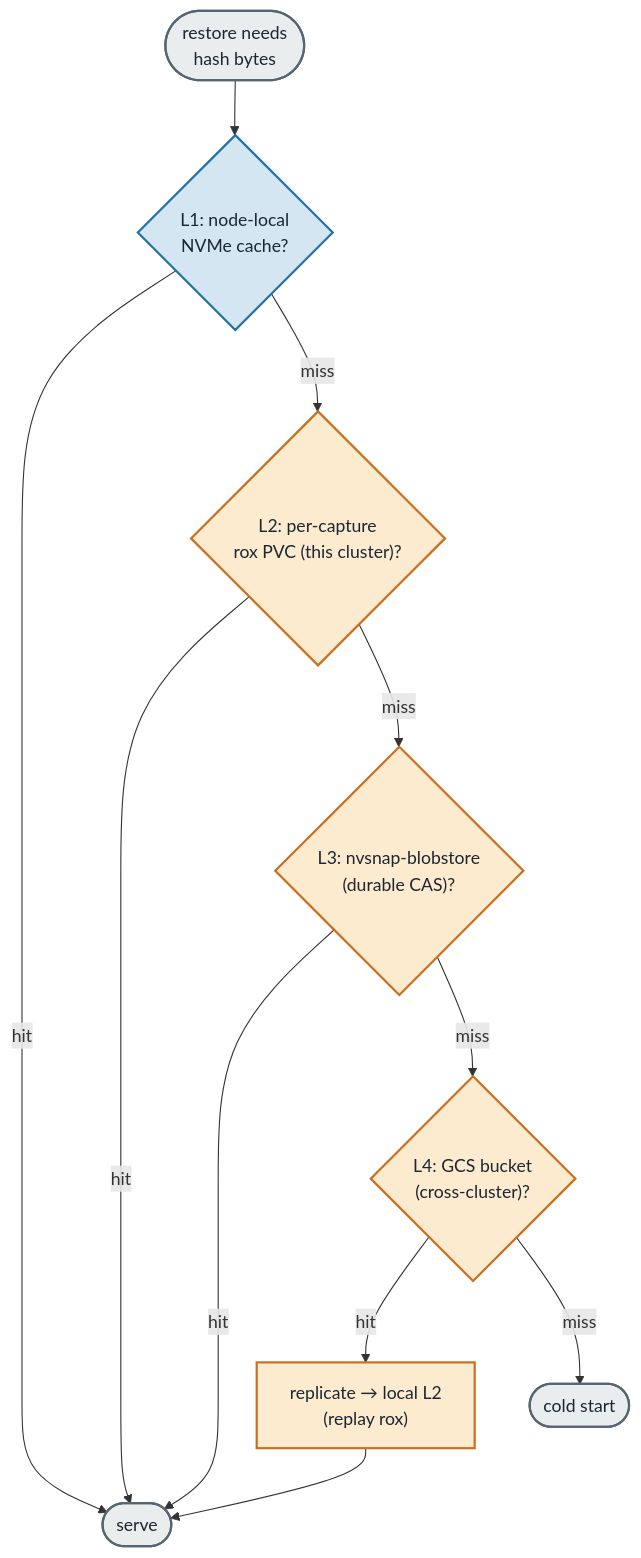
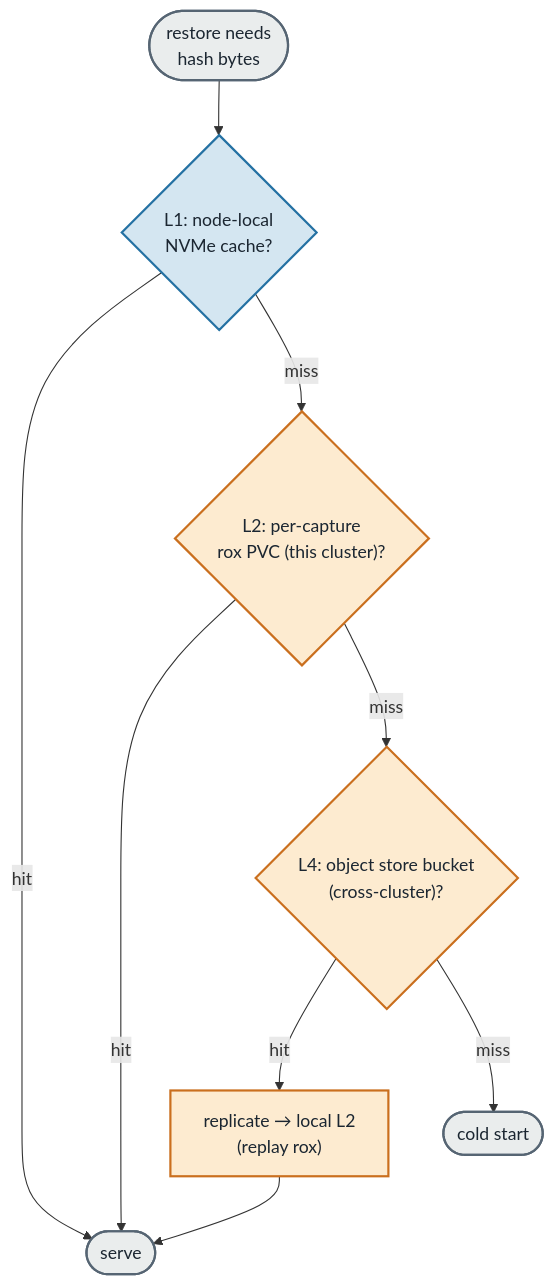
One commit to NVIDIA/nvcf changed the fourth of 6 diagrams in src/compute-plane-services/nvsnap/docs/architecture/NVSNAP-ARCHITECTURE.md. Above: the diagram before and after it, drawn with Mermaid. The commit also changed other lines of this file and 42 other files, not shown here.

First line of the commit message:
refactor(nvsnap): remove the blobstore tier

````diff
--- a/src/compute-plane-services/nvsnap/docs/architecture/NVSNAP-ARCHITECTURE.md
+++ b/src/compute-plane-services/nvsnap/docs/architecture/NVSNAP-ARCHITECTURE.md
@@ -163,21 +161,18 @@
 ```mermaid
 flowchart TB
     req(["restore needs<br/>hash bytes"]):::ext --> l1
     l1{"L1: node-local<br/>NVMe cache?"}:::agent
     l1 -- hit --> done(["serve"]):::ext
     l1 -- miss --> l2
     l2{"L2: per-capture<br/>rox PVC (this cluster)?"}:::store
     l2 -- hit --> done
-    l2 -- miss --> l3
-    l3{"L3: nvsnap-blobstore<br/>(durable CAS)?"}:::store
-    l3 -- hit --> done
-    l3 -- miss --> l4
-    l4{"L4: GCS bucket<br/>(cross-cluster)?"}:::store
+    l2 -- miss --> l4
+    l4{"L4: object store bucket<br/>(cross-cluster)?"}:::store
     l4 -- hit --> pull["replicate → local L2<br/>(replay rox)"]:::store
     l4 -- miss --> coldc(["cold start"]):::ext
     pull --> done
 
     classDef agent fill:#d4e6f1,stroke:#2471a3,stroke-width:2px,color:#1b2631;
     classDef store fill:#fdebd0,stroke:#ca6f1e,stroke-width:2px,color:#1b2631;
     classDef ext   fill:#eaeded,stroke:#566573,stroke-width:2px,color:#1b2631;
 ```
````
